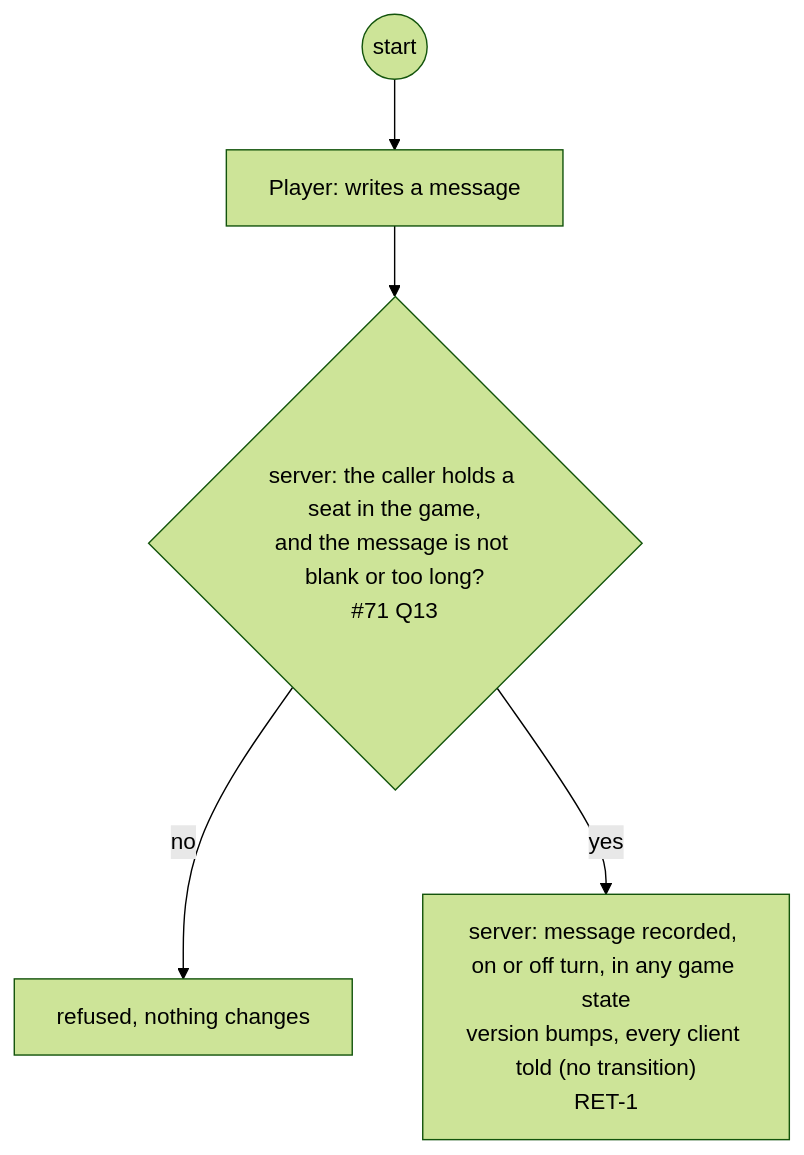
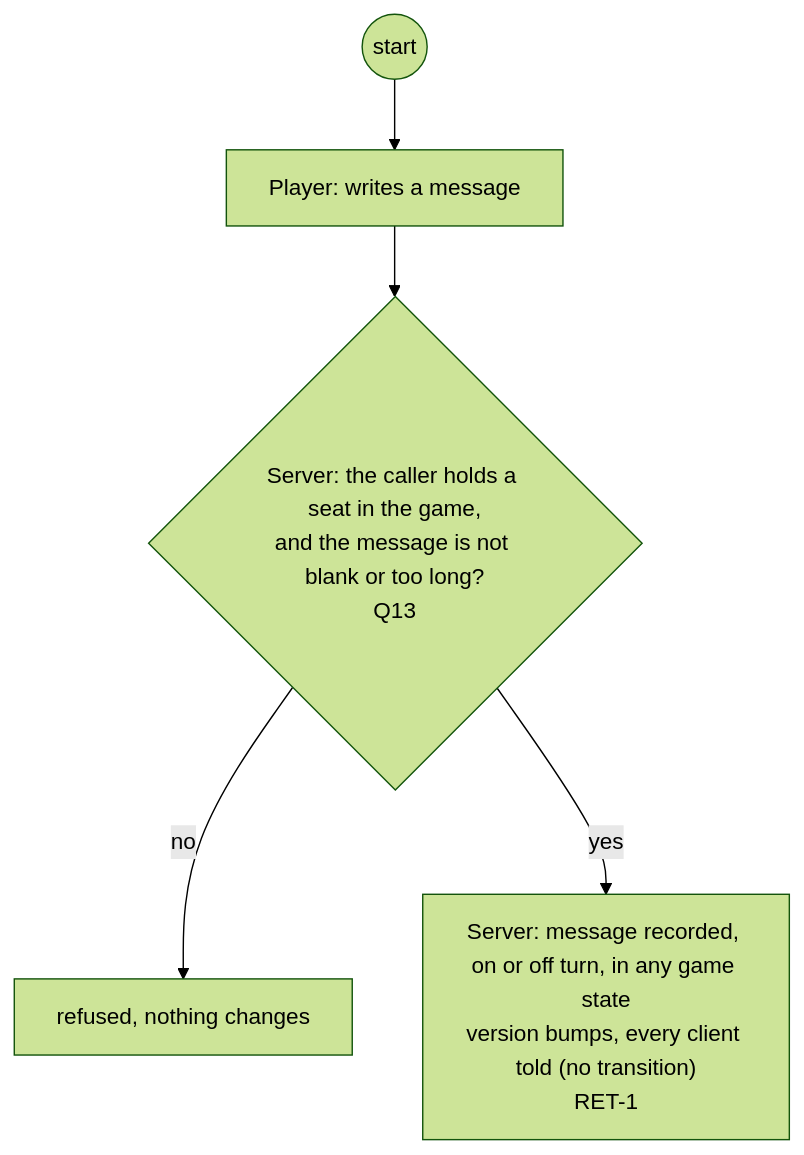
Before and after one commit to delphside/programme: diagram 17 of 29 in docs/changes/workstreams/application-game-architecture/71-one-game-model/71-functional.md, drawn with Mermaid (forest theme). The commit also changed other lines of this file, not shown here.

First line of the commit message:
app 0.9.2 api 2.16: 71: questions get headings Q1 to Q15; Server capitalised as an actor

````diff
--- a/docs/changes/workstreams/application-game-architecture/71-one-game-model/71-functional.md
+++ b/docs/changes/workstreams/application-game-architecture/71-one-game-model/71-functional.md
@@ -327,7 +328,7 @@
 ```mermaid
 flowchart TD
   s0((start)) --> p1["Player: writes a message"]
-  p1 --> v1{"server: the caller holds a seat in the game,<br/>and the message is not blank or too long?<br/>#71 Q13"}
+  p1 --> v1{"Server: the caller holds a seat in the game,<br/>and the message is not blank or too long?<br/>Q13"}
   v1 -- no --> r1["refused, nothing changes"]
-  v1 -- yes --> t1["server: message recorded, on or off turn, in any game state<br/>version bumps, every client told (no transition)<br/>RET-1"]
+  v1 -- yes --> t1["Server: message recorded, on or off turn, in any game state<br/>version bumps, every client told (no transition)<br/>RET-1"]
 ```
````
